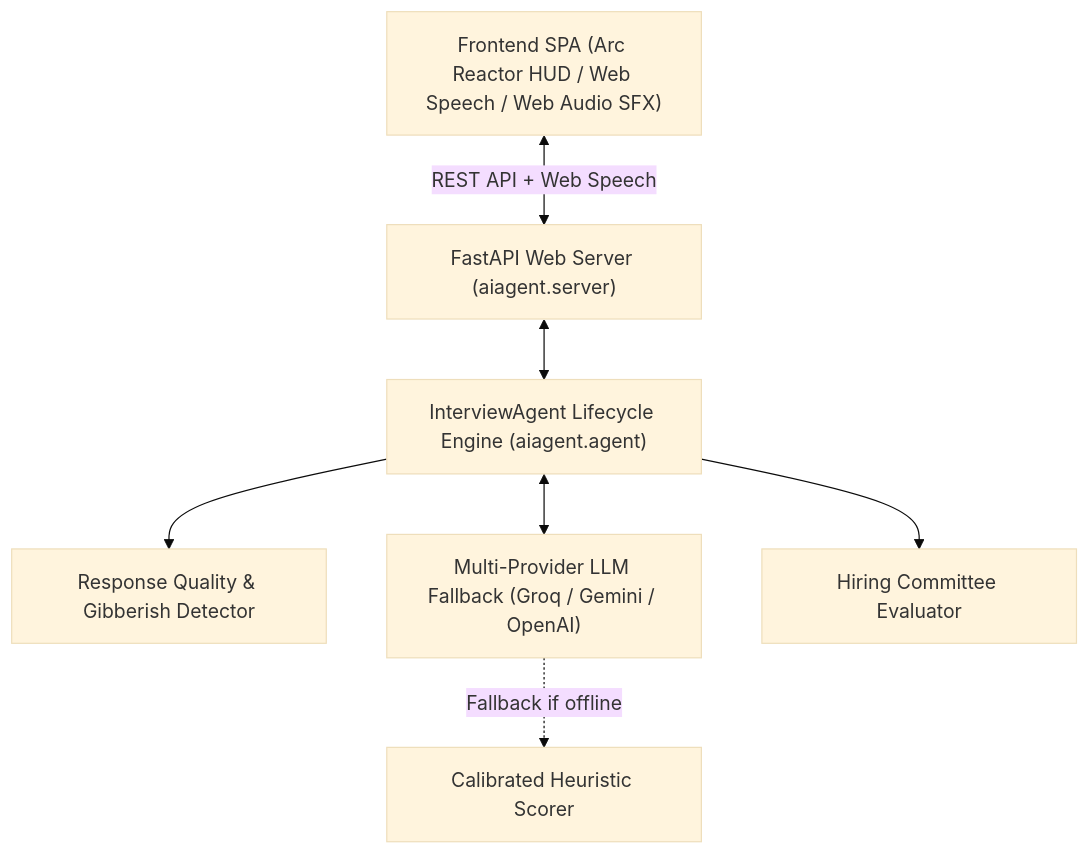
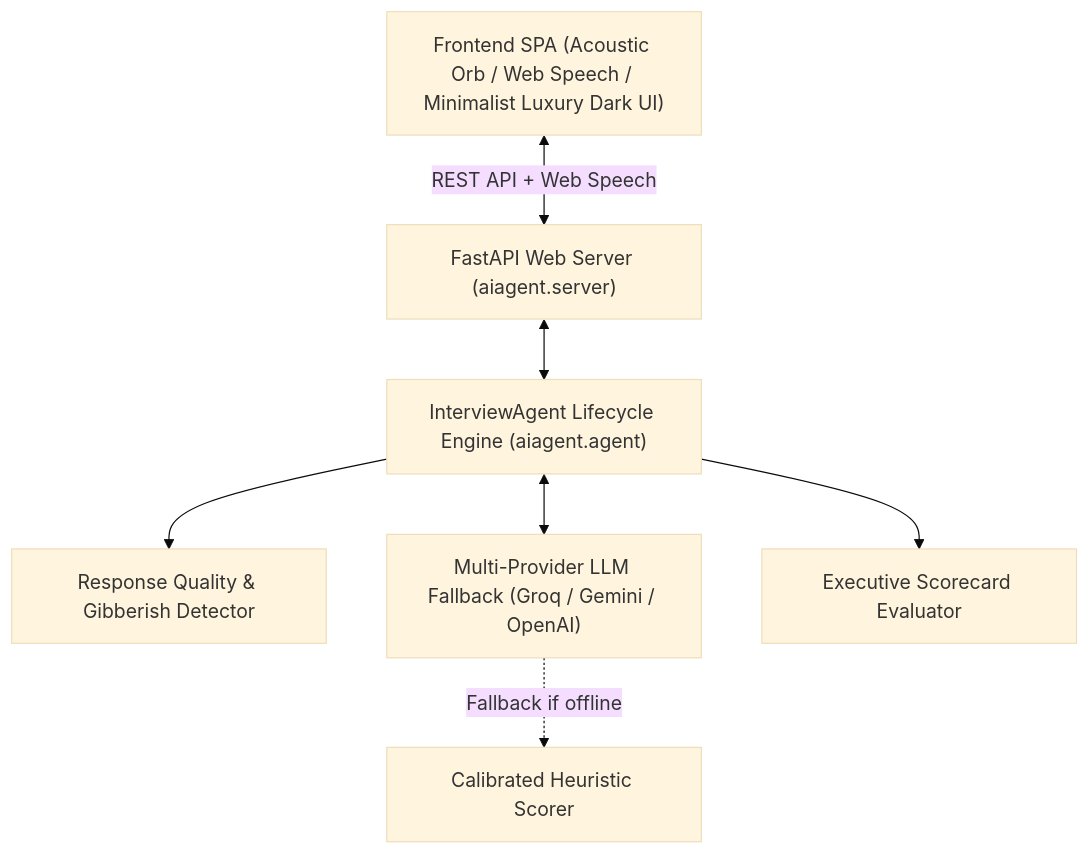
Before and after one commit to ADITYAKASHYAPSHARMA/ai-interviewer: the diagram in README.md, drawn with Mermaid (base theme). The commit also changed other lines of this file and 4 other files, not shown here.

Commit message:
feat: executive luxury dark UI redesign and professional tone for JARVIS

````diff
--- a/README.md
+++ b/README.md
@@ -45,17 +44,17 @@
 ```mermaid
 graph TD
-    Client["Frontend SPA (Arc Reactor HUD / Web Speech / Web Audio SFX)"]
+    Client["Frontend SPA (Acoustic Orb / Web Speech / Minimalist Luxury Dark UI)"]
     FastAPI["FastAPI Web Server (aiagent.server)"]
     Agent["InterviewAgent Lifecycle Engine (aiagent.agent)"]
     Detector["Response Quality & Gibberish Detector"]
     LLMChain["Multi-Provider LLM Fallback (Groq / Gemini / OpenAI)"]
     Heuristic["Calibrated Heuristic Scorer"]
-    Dossier["Hiring Committee Evaluator"]
+    Scorecard["Executive Scorecard Evaluator"]
 
     Client <-->|REST API + Web Speech| FastAPI
     FastAPI <--> Agent
     Agent --> Detector
     Agent <--> LLMChain
     LLMChain -.->|Fallback if offline| Heuristic
-    Agent --> Dossier
+    Agent --> Scorecard
 ```
````
